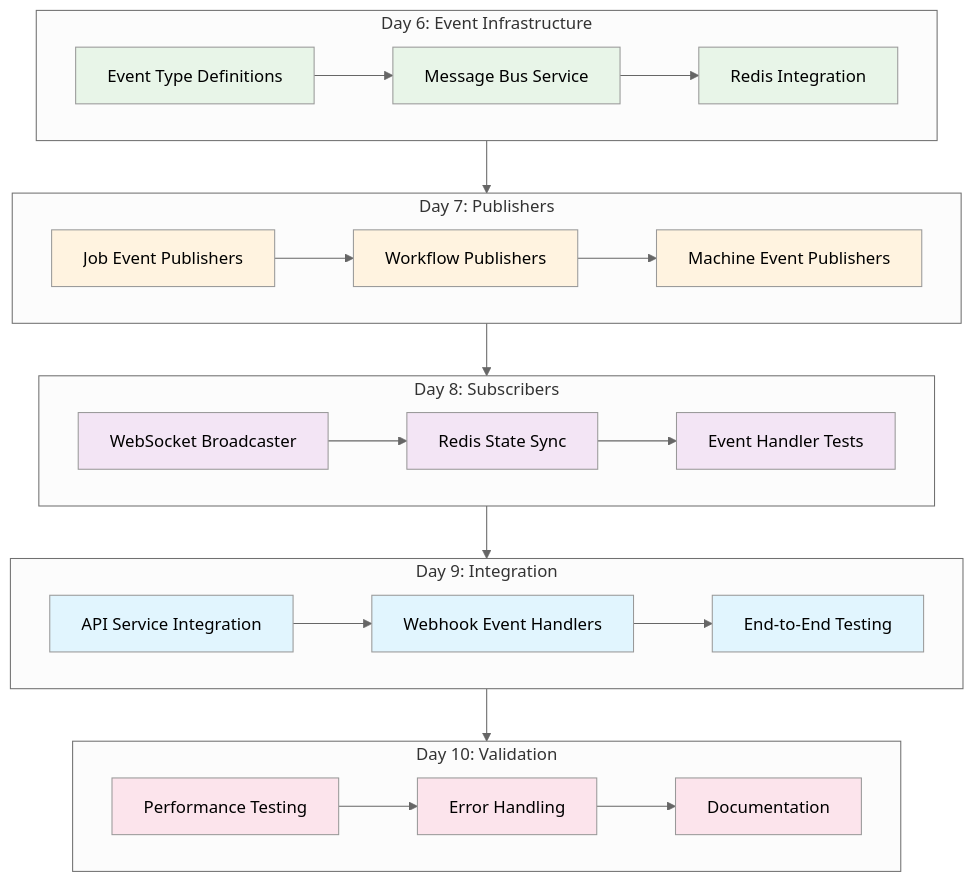
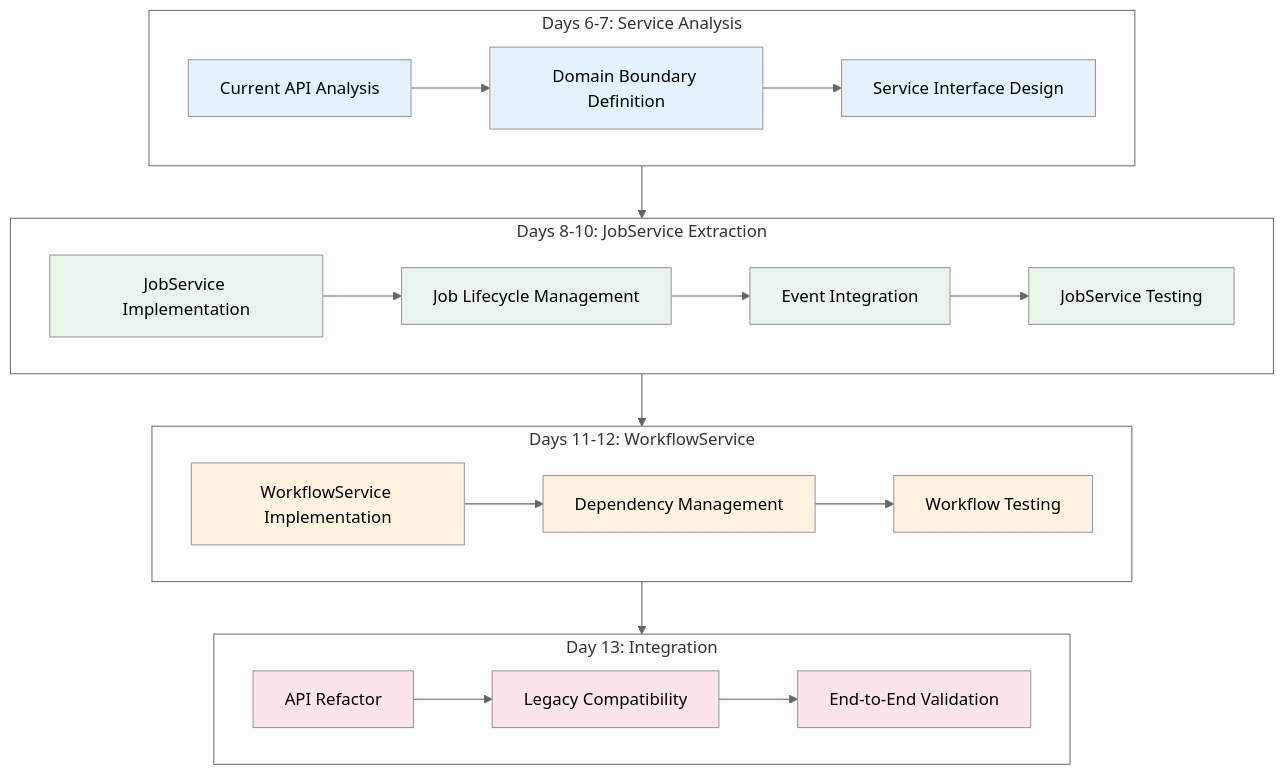
Diagram 12 of 16 in apps/docs/src/10-development-notes/2025-08-26-unified-modernization-plan.md (stakeordie/emp-job-queue), drawn with Mermaid (neutral theme) before and after one commit. The commit also changed other lines of this file, not shown here.

````diff
--- a/apps/docs/src/10-development-notes/2025-08-26-unified-modernization-plan.md
+++ b/apps/docs/src/10-development-notes/2025-08-26-unified-modernization-plan.md
@@ -917,41 +669,37 @@
 ```mermaid
 flowchart TD
-    subgraph Day6["Day 6: Event Infrastructure"]
-        D6A["Event Type Definitions"] --> D6B["Message Bus Service"]
-        D6B --> D6C["Redis Integration"]
+    subgraph Analysis["Days 6-7: Service Analysis"]
+        A1["Current API Analysis"] --> A2["Domain Boundary Definition"]
+        A2 --> A3["Service Interface Design"]
     end
     
-    subgraph Day7["Day 7: Publishers"]
-        D7A["Job Event Publishers"] --> D7B["Workflow Publishers"]
-        D7B --> D7C["Machine Event Publishers"]
+    subgraph JobService["Days 8-10: JobService Extraction"]
+        J1["JobService Implementation"] --> J2["Job Lifecycle Management"]
+        J2 --> J3["Event Integration"]
+        J3 --> J4["JobService Testing"]
     end
     
-    subgraph Day8["Day 8: Subscribers"]
-        D8A["WebSocket Broadcaster"] --> D8B["Redis State Sync"]
-        D8B --> D8C["Event Handler Tests"]
+    subgraph WorkflowService["Days 11-12: WorkflowService"]
+        W1["WorkflowService Implementation"] --> W2["Dependency Management"]
+        W2 --> W3["Workflow Testing"]
     end
     
-    subgraph Day9["Day 9: Integration"]
-        D9A["API Service Integration"] --> D9B["Webhook Event Handlers"]
-        D9B --> D9C["End-to-End Testing"]
+    subgraph Integration["Day 13: Integration"]
+        I1["API Refactor"] --> I2["Legacy Compatibility"]
+        I2 --> I3["End-to-End Validation"]
     end
     
-    subgraph Day10["Day 10: Validation"]
-        D10A["Performance Testing"] --> D10B["Error Handling"]
-        D10B --> D10C["Documentation"]
-    end
+    Analysis --> JobService
+    JobService --> WorkflowService
+    WorkflowService --> Integration
     
-    Day6 --> Day7 --> Day8 --> Day9 --> Day10
+    classDef analysisStyle fill:#e3f2fd
+    classDef jobStyle fill:#e8f5e8
+    classDef workflowStyle fill:#fff3e0
+    classDef integrationStyle fill:#fce4ec
     
-    classDef eventStyle fill:#e8f5e8
-    classDef publisherStyle fill:#fff3e0
-    classDef subscriberStyle fill:#f3e5f5
-    classDef integrationStyle fill:#e1f5fe
-    classDef validationStyle fill:#fce4ec
-    
-    class D6A,D6B,D6C eventStyle
-    class D7A,D7B,D7C publisherStyle
-    class D8A,D8B,D8C subscriberStyle
-    class D9A,D9B,D9C integrationStyle
-    class D10A,D10B,D10C validationStyle
+    class A1,A2,A3 analysisStyle
+    class J1,J2,J3,J4 jobStyle
+    class W1,W2,W3 workflowStyle
+    class I1,I2,I3 integrationStyle
 ```
````
